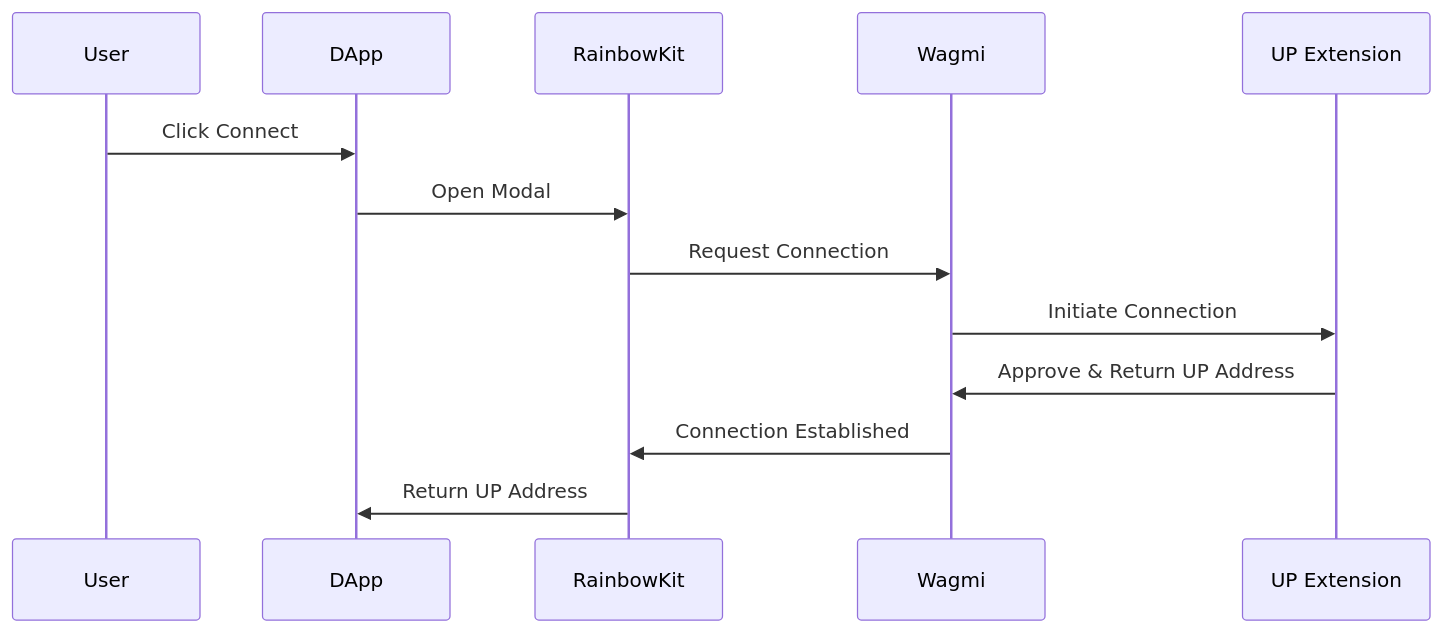
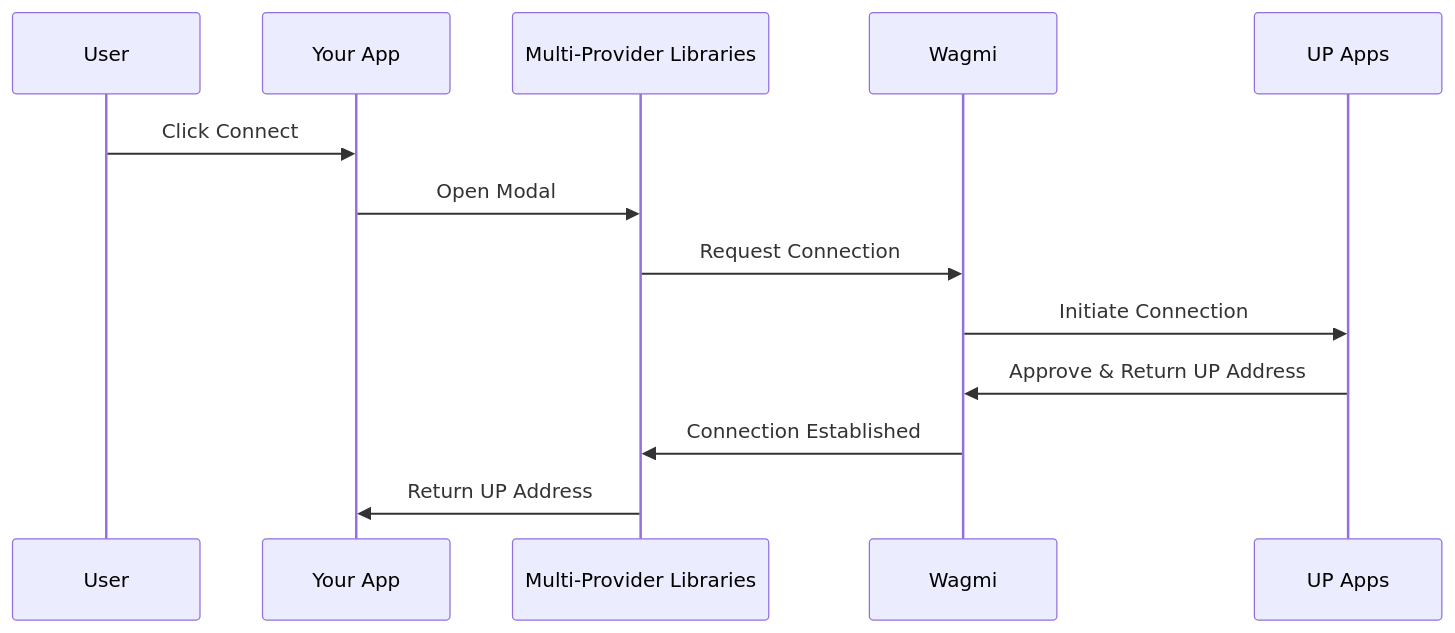
Before and after one commit to lukso-network/docs: the diagram in docs/learn/universal-profile/connect-profile/connect-up.md, drawn with Mermaid. The commit also changed other lines of this file, not shown here.

Commit message:
docs: Revise Universal Profile connection guide to include multi-provider libraries and enhance code examples for Wagmi and RainbowKit integration

````diff
--- a/docs/learn/universal-profile/connect-profile/connect-up.md
+++ b/docs/learn/universal-profile/connect-profile/connect-up.md
@@ -45,16 +24,16 @@
 ```mermaid
 sequenceDiagram
     participant User
-    participant DApp
-    participant RainbowKit
+    participant Your App
+    participant Multi-Provider Libraries
     participant Wagmi
-    participant UP Extension
+    participant UP Apps
 
-    User->>DApp: Click Connect
-    DApp->>RainbowKit: Open Modal
-    RainbowKit->>Wagmi: Request Connection
-    Wagmi->>UP Extension: Initiate Connection
-    UP Extension->>Wagmi: Approve & Return UP Address
-    Wagmi->>RainbowKit: Connection Established
-    RainbowKit->>DApp: Return UP Address
+    User->>Your App: Click Connect
+    Your App->>Multi-Provider Libraries: Open Modal
+    Multi-Provider Libraries->>Wagmi: Request Connection
+    Wagmi->>UP Apps: Initiate Connection
+    UP Apps->>Wagmi: Approve & Return UP Address
+    Wagmi->>Multi-Provider Libraries: Connection Established
+    Multi-Provider Libraries->>Your App: Return UP Address
 ```
````
